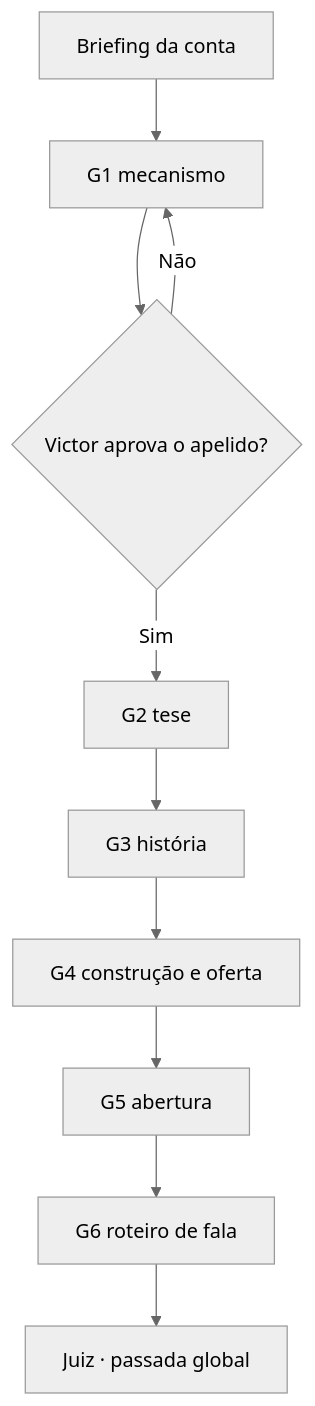
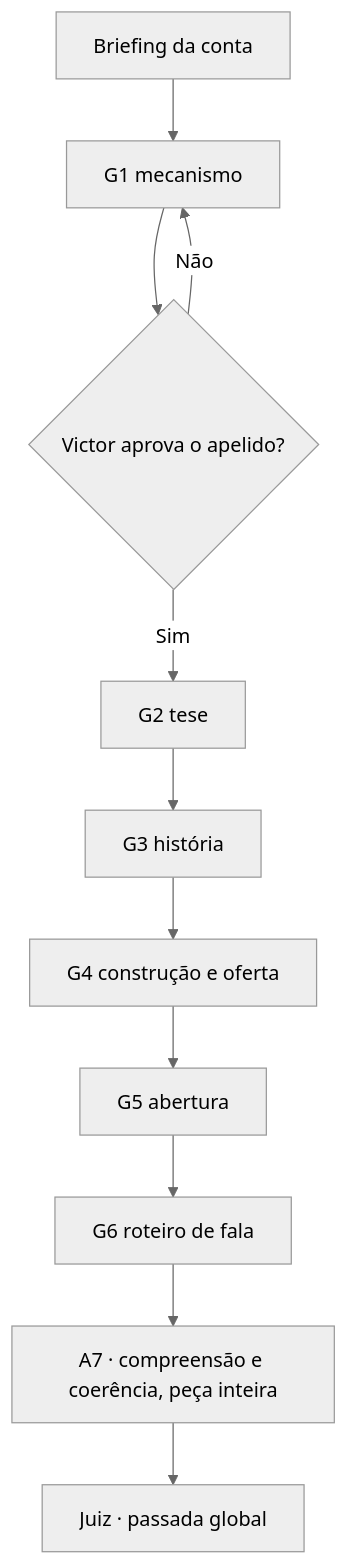
Before and after one commit to victorsenna-cyber/governanca: the diagram in 100-métodos/METODO-PRODUCAO-VSL-POR-AGENTES.md, drawn with Mermaid (neutral theme). The commit also changed other lines of this file and 11 other files, not shown here.

````diff
--- a/100-métodos/METODO-PRODUCAO-VSL-POR-AGENTES.md
+++ b/100-métodos/METODO-PRODUCAO-VSL-POR-AGENTES.md
@@ -46,12 +47,13 @@
 ```mermaid
 flowchart TD
     B[Briefing da conta] --> G1[G1 mecanismo]
     G1 --> V1{Victor aprova o apelido?}
     V1 -- Não --> G1
     V1 -- Sim --> G2[G2 tese]
     G2 --> G3[G3 história]
     G3 --> G4[G4 construção e oferta]
     G4 --> G5[G5 abertura]
     G5 --> G6[G6 roteiro de fala]
-    G6 --> JG[Juiz · passada global]
+    G6 --> A7[A7 · compreensão e coerência, peça inteira]
+    A7 --> JG[Juiz · passada global]
 ```
````
